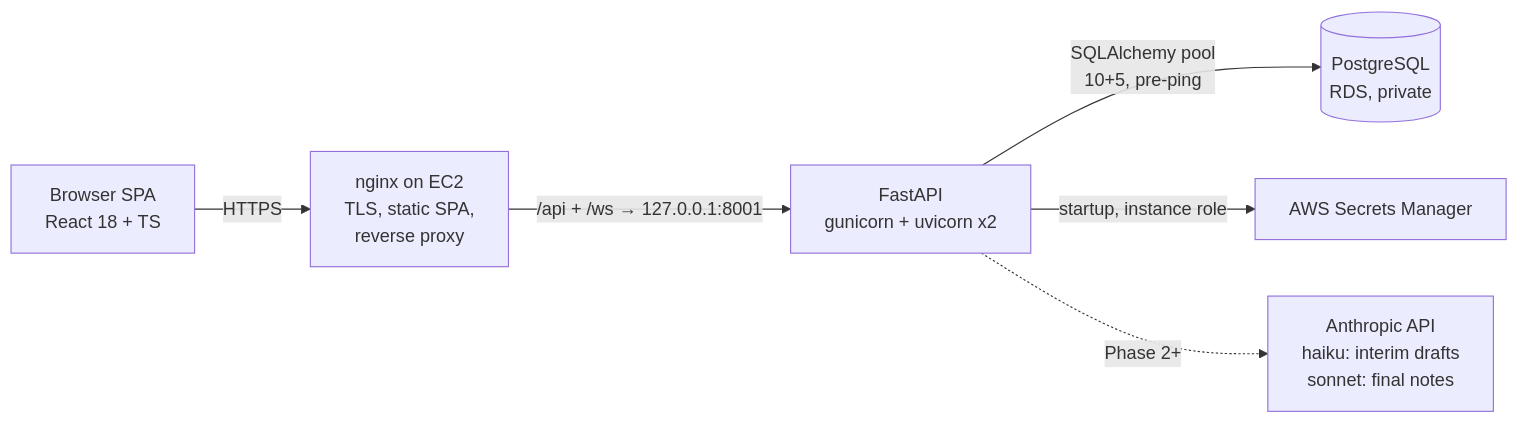
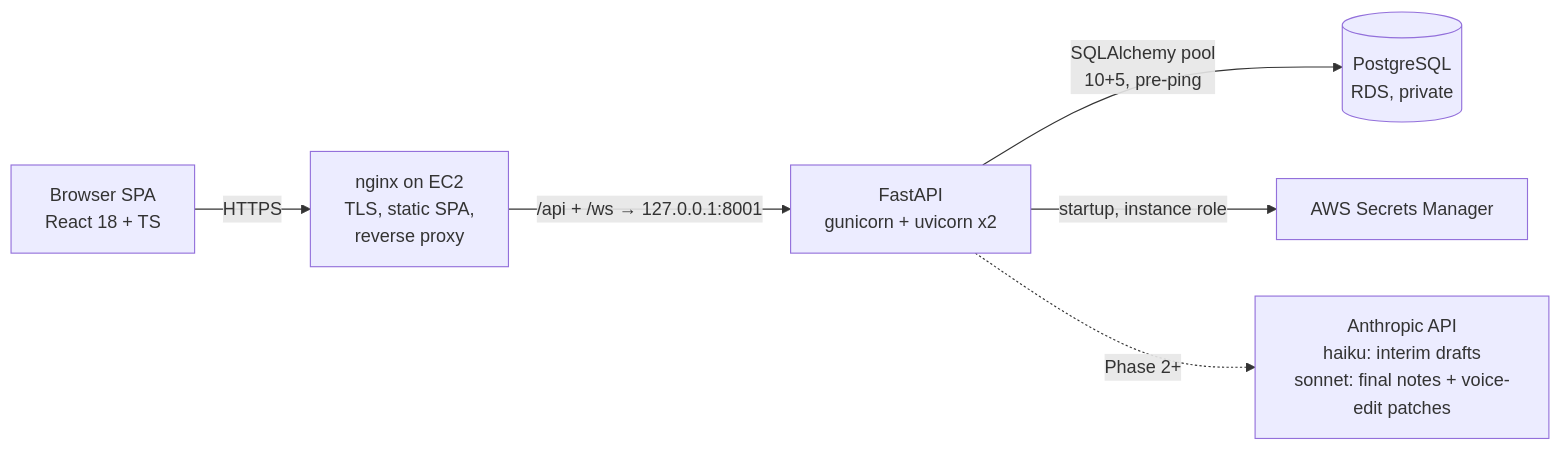
The diagram in ARCHITECTURE.md (shettyrohit0810/ai-clinical-scribe), drawn with Mermaid before and after one commit. The commit also changed other lines of this file and 3 other files, not shown here.

Commit message:
docs: Phase 8 — voice-edit protocol in API_CONTRACTS, patch-schema rationale + premise-check note in DECISIONS, data flow in ARCHITECTURE, structure entries

````diff
--- a/ARCHITECTURE.md
+++ b/ARCHITECTURE.md
@@ -9,8 +9,8 @@
 ```mermaid
 flowchart LR
     B[Browser SPA<br/>React 18 + TS] -->|HTTPS| N[nginx on EC2<br/>TLS, static SPA,<br/>reverse proxy]
     N -->|/api + /ws → 127.0.0.1:8001| A[FastAPI<br/>gunicorn + uvicorn x2]
     A -->|SQLAlchemy pool<br/>10+5, pre-ping| R[(PostgreSQL<br/>RDS, private)]
     A -->|startup, instance role| S[AWS Secrets Manager]
-    A -.->|Phase 2+| L[Anthropic API<br/>haiku: interim drafts<br/>sonnet: final notes]
+    A -.->|Phase 2+| L[Anthropic API<br/>haiku: interim drafts<br/>sonnet: final notes + voice-edit patches]
 ```
````
